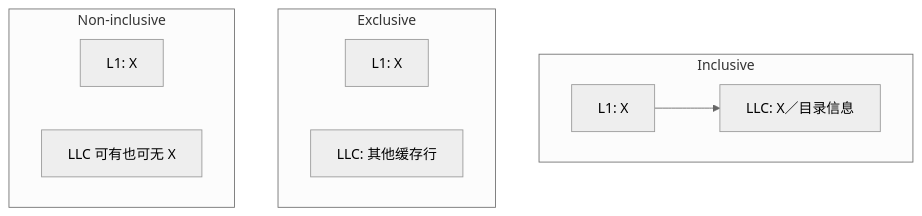
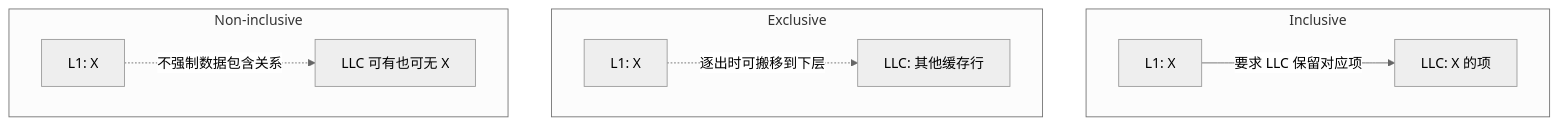
One commit to FormingSystem/linux_note changed the first of 2 diagrams in knowledge/foundations/computer_architecture/cache_coherence/P07_LLC_包含策略与缓存写策略.md. Above: the diagram before and after it, drawn with Mermaid (neutral theme). The commit also changed other lines of this file and 10 other files, not shown here.

First line of the commit message:
content(architecture/cache): 重建缓存一致性事务与硬件职责的因果讲解

````diff
--- a/knowledge/foundations/computer_architecture/cache_coherence/P07_LLC_包含策略与缓存写策略.md
+++ b/knowledge/foundations/computer_architecture/cache_coherence/P07_LLC_包含策略与缓存写策略.md
@@ -25,14 +27,14 @@
 ```mermaid
 flowchart TD
     subgraph INC[Inclusive]
-        L1A[L1: X] --> LLCA[LLC: X／目录信息]
+        L1A[L1: X] -->|要求 LLC 保留对应项| LLCA[LLC: X 的项]
     end
     subgraph EXC[Exclusive]
-        L1B[L1: X]
+        L1B[L1: X] -.逐出时可搬移到下层.-> LLCB
         LLCB[LLC: 其他缓存行]
     end
     subgraph NINE[Non-inclusive]
-        L1C[L1: X]
+        L1C[L1: X] -.不强制数据包含关系.-> LLCC
         LLCC[LLC 可有也可无 X]
     end
 ```
````
